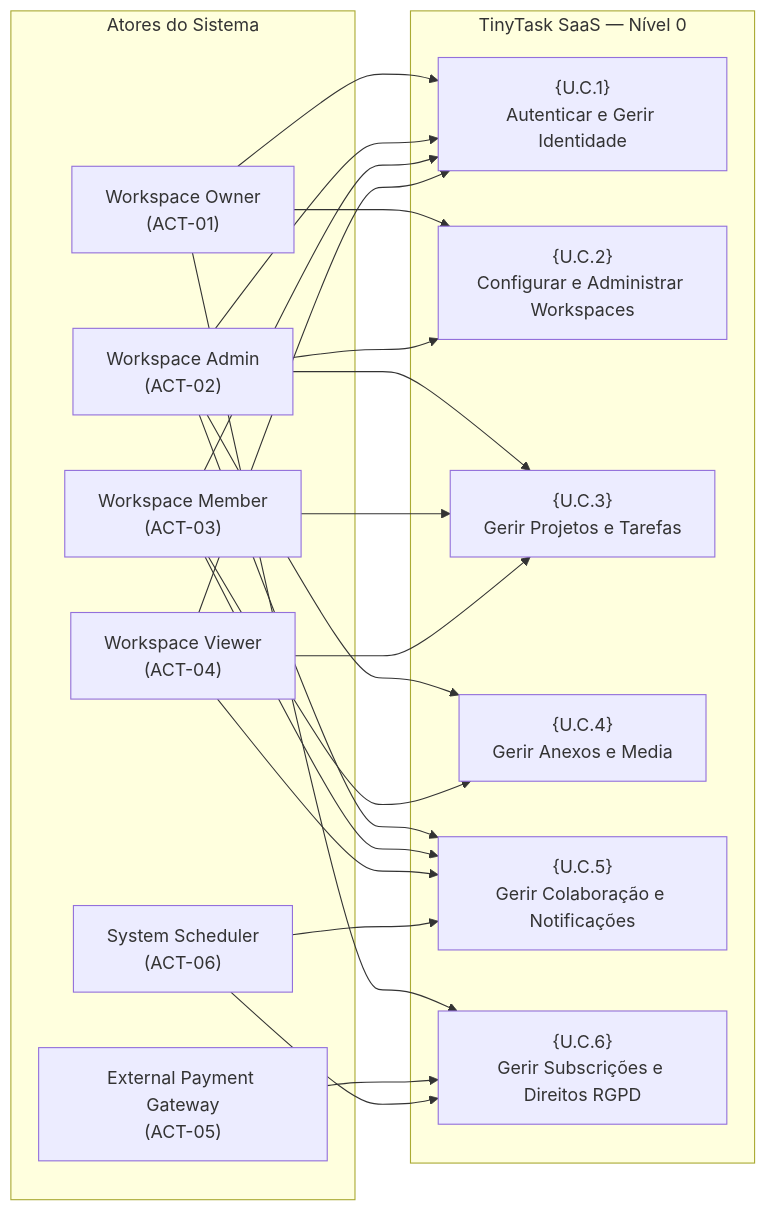
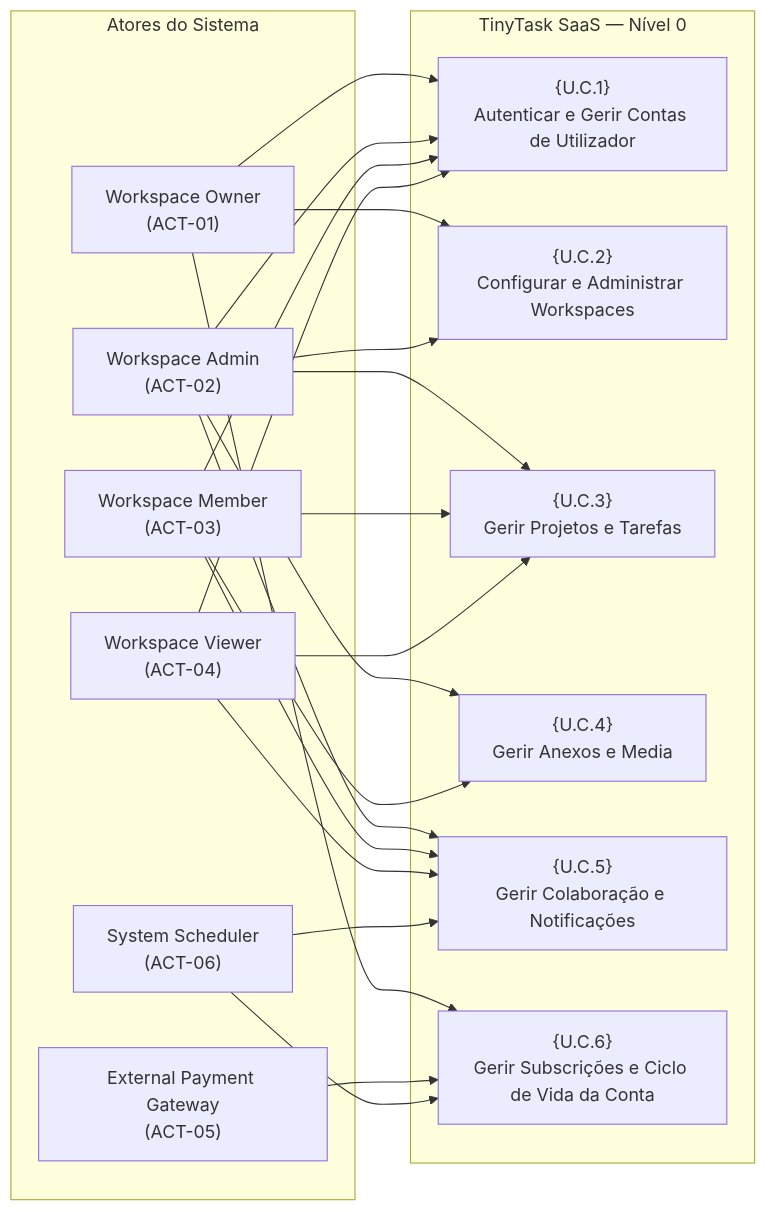
One commit to pauloribeiro16/aegis-mvp changed the diagram in cases/Case_01_TinyTask_SaaS/03_PHASE3_SPEC/Doc01_Requirements_Elicitation_and_PUC.md. Above: the diagram before and after it, drawn with Mermaid. The commit also changed other lines of this file and 1 other file, not shown here.

````diff
--- a/cases/Case_01_TinyTask_SaaS/03_PHASE3_SPEC/Doc01_Requirements_Elicitation_and_PUC.md
+++ b/cases/Case_01_TinyTask_SaaS/03_PHASE3_SPEC/Doc01_Requirements_Elicitation_and_PUC.md
@@ -758,43 +736,43 @@
 ```mermaid
 flowchart LR
     subgraph Atores ["Atores do Sistema"]
         Owner["Workspace Owner<br>(ACT-01)"]
         Admin["Workspace Admin<br>(ACT-02)"]
         Member["Workspace Member<br>(ACT-03)"]
         Viewer["Workspace Viewer<br>(ACT-04)"]
         Stripe["External Payment Gateway<br>(ACT-05)"]
         Scheduler["System Scheduler<br>(ACT-06)"]
     end
 
     subgraph TinyTask_System ["TinyTask SaaS — Nível 0"]
-        UC1["{U.C.1}<br>Autenticar e Gerir Identidade"]
+        UC1["{U.C.1}<br>Autenticar e Gerir Contas de Utilizador"]
         UC2["{U.C.2}<br>Configurar e Administrar Workspaces"]
         UC3["{U.C.3}<br>Gerir Projetos e Tarefas"]
         UC4["{U.C.4}<br>Gerir Anexos e Media"]
         UC5["{U.C.5}<br>Gerir Colaboração e Notificações"]
-        UC6["{U.C.6}<br>Gerir Subscrições e Direitos RGPD"]
+        UC6["{U.C.6}<br>Gerir Subscrições e Ciclo de Vida da Conta"]
     end
 
     Owner --> UC1
     Owner --> UC2
     Owner --> UC6
 
     Admin --> UC1
     Admin --> UC2
     Admin --> UC3
     Admin --> UC4
     Admin --> UC5
 
     Member --> UC1
     Member --> UC3
     Member --> UC4
     Member --> UC5
 
     Viewer --> UC1
     Viewer --> UC3
     Viewer --> UC5
 
     Stripe --> UC6
     Scheduler --> UC5
     Scheduler --> UC6
 ```
````
